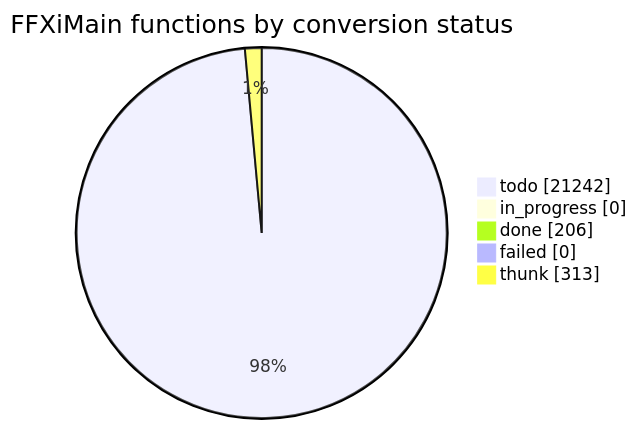
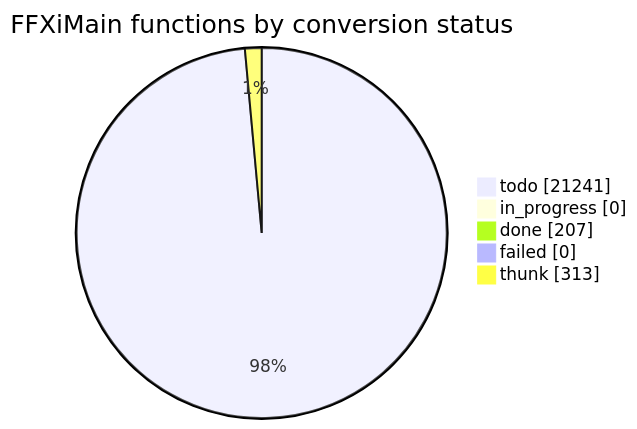
The diagram in docs/cow/STATUS.md (cowrevenge/cow_kuluu_xi_anything), drawn with Mermaid before and after one commit. The commit also changed other lines of this file and 9 other files, not shown here.

````diff
--- a/docs/cow/STATUS.md
+++ b/docs/cow/STATUS.md
@@ -18,9 +18,9 @@
 ```mermaid
 pie showData
     title FFXiMain functions by conversion status
-    "todo" : 21242
+    "todo" : 21241
     "in_progress" : 0
-    "done" : 206
+    "done" : 207
     "failed" : 0
     "thunk" : 313
 ```
````
